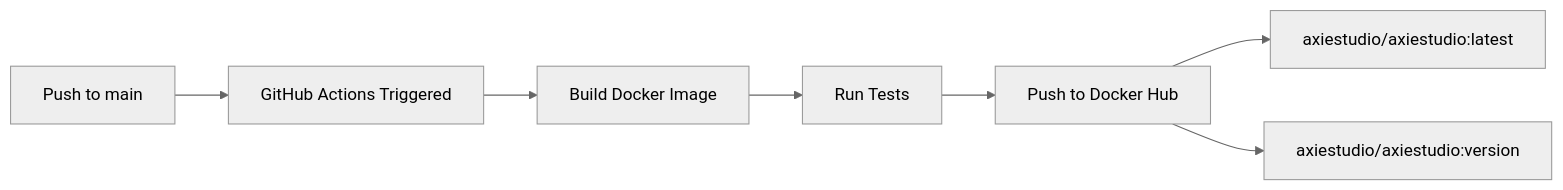
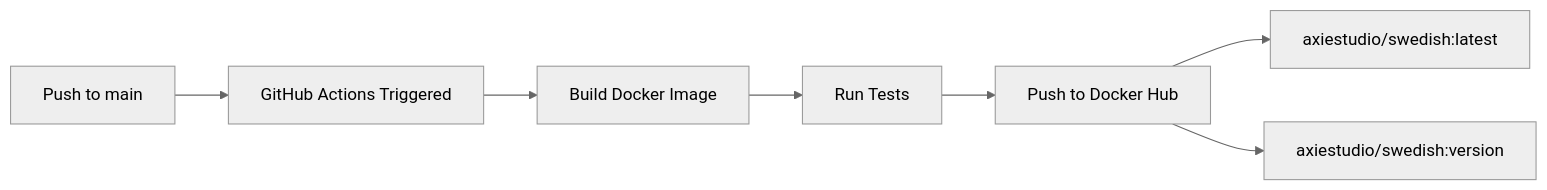
One commit to axiestudio/axiestudio changed the diagram in GITHUB_ACTIONS_MAIN_BRANCH.md. Above: the diagram before and after it, drawn with Mermaid (neutral theme). The commit also changed other lines of this file and 14 other files, not shown here.

First line of the commit message:
Update Docker image naming to axiestudio/swedish across all workflows

````diff
--- a/GITHUB_ACTIONS_MAIN_BRANCH.md
+++ b/GITHUB_ACTIONS_MAIN_BRANCH.md
@@ -71,9 +71,9 @@
 ```mermaid
 graph LR
     A[Push to main] --> B[GitHub Actions Triggered]
     B --> C[Build Docker Image]
     C --> D[Run Tests]
     D --> E[Push to Docker Hub]
-    E --> F[axiestudio/axiestudio:latest]
-    E --> G[axiestudio/axiestudio:version]
+    E --> F[axiestudio/swedish:latest]
+    E --> G[axiestudio/swedish:version]
 ```
````
